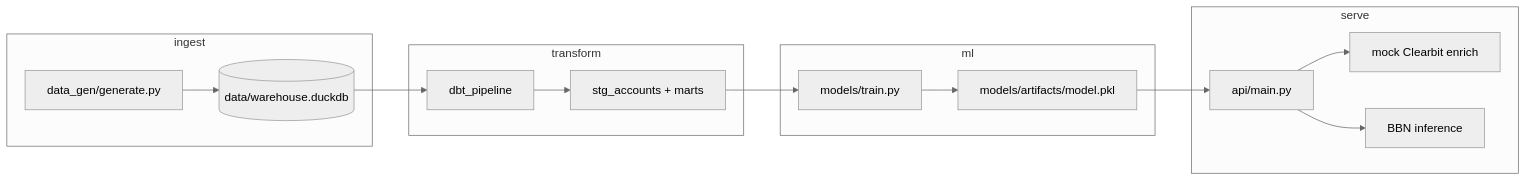
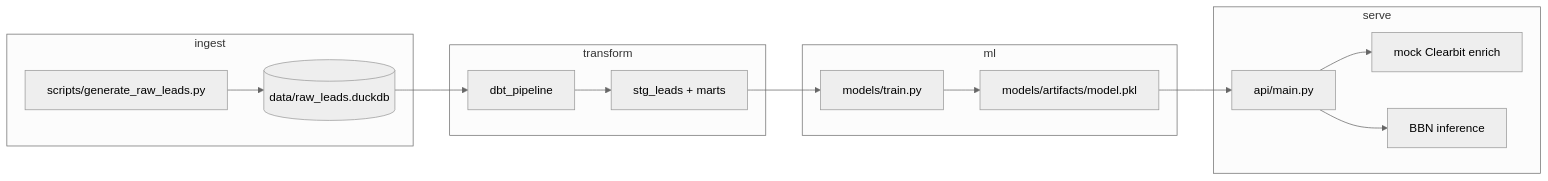
Before and after one commit to reedjackt/latent-sentiment-bbn: the diagram in README.md, drawn with Mermaid (neutral theme). The commit also changed other lines of this file and 10 other files, not shown here.

Commit message:
Refactor training module to integrate Polars for data handling, implement structured modeling frames, and enhance metadata persistence for Bayesian model training. Update README and dbt configurations to reflect changes in data sources and model structure.

````diff
--- a/README.md
+++ b/README.md
@@ -29,20 +29,20 @@
 ```mermaid
 flowchart LR
   subgraph ingest
-    DG[data_gen/generate.py]
-    DG --> DW[(data/warehouse.duckdb)]
+    DG[scripts/generate_raw_leads.py]
+    DG --> DW[(data/raw_leads.duckdb)]
   end
   subgraph transform
     DW --> DBT[dbt_pipeline]
-    DBT --> MARTS[stg_accounts + marts]
+    DBT --> MARTS[stg_leads + marts]
   end
   subgraph ml
     MARTS --> TRAIN[models/train.py]
     TRAIN --> PKL[models/artifacts/model.pkl]
   end
   subgraph serve
     PKL --> API[api/main.py]
     API --> CB[mock Clearbit enrich]
     API --> INF[BBN inference]
   end
 ```
````
